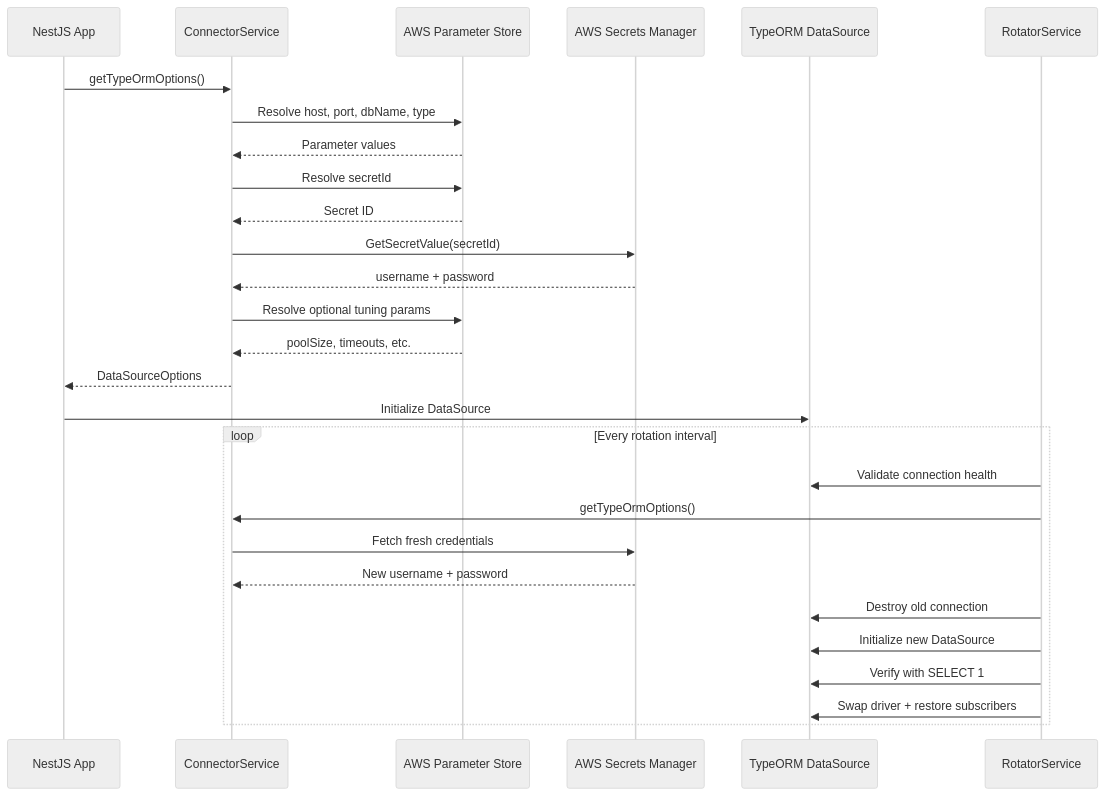
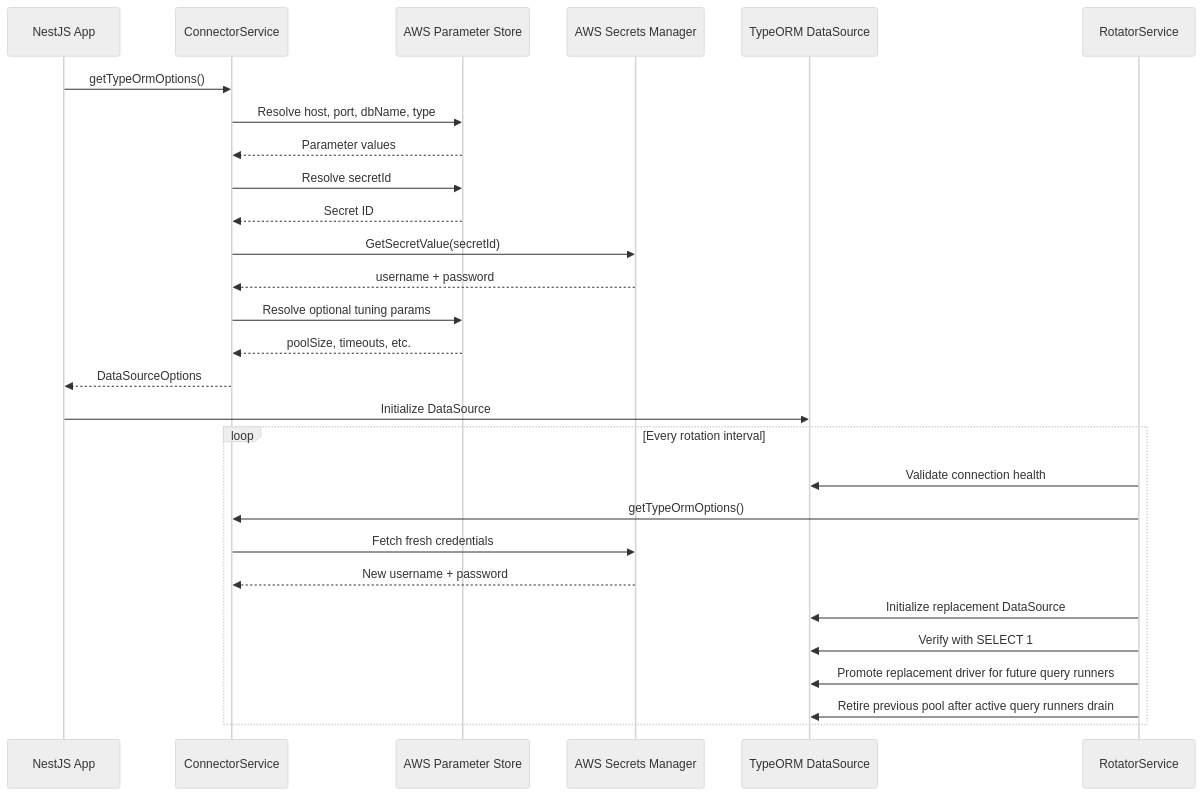
Before and after one commit to ElsiKora/NestJS-TypeORM-AWS-Connector: the second of 2 diagrams in README.md, drawn with Mermaid (neutral theme). The commit also changed other lines of this file and 4 other files, not shown here.

````diff
--- a/README.md
+++ b/README.md
@@ -101,32 +101,32 @@
 ```mermaid
 sequenceDiagram
     participant App as NestJS App
     participant Connector as ConnectorService
     participant SSM as AWS Parameter Store
     participant SM as AWS Secrets Manager
     participant TypeORM as TypeORM DataSource
     participant Rotator as RotatorService
 
     App->>Connector: getTypeOrmOptions()
     Connector->>SSM: Resolve host, port, dbName, type
     SSM-->>Connector: Parameter values
     Connector->>SSM: Resolve secretId
     SSM-->>Connector: Secret ID
     Connector->>SM: GetSecretValue(secretId)
     SM-->>Connector: username + password
     Connector->>SSM: Resolve optional tuning params
     SSM-->>Connector: poolSize, timeouts, etc.
     Connector-->>App: DataSourceOptions
     App->>TypeORM: Initialize DataSource
 
     loop Every rotation interval
         Rotator->>TypeORM: Validate connection health
         Rotator->>Connector: getTypeOrmOptions()
         Connector->>SM: Fetch fresh credentials
         SM-->>Connector: New username + password
-        Rotator->>TypeORM: Destroy old connection
-        Rotator->>TypeORM: Initialize new DataSource
+        Rotator->>TypeORM: Initialize replacement DataSource
         Rotator->>TypeORM: Verify with SELECT 1
-        Rotator->>TypeORM: Swap driver + restore subscribers
+        Rotator->>TypeORM: Promote replacement driver for future query runners
+        Rotator->>TypeORM: Retire previous pool after active query runners drain
     end
 ```
````
